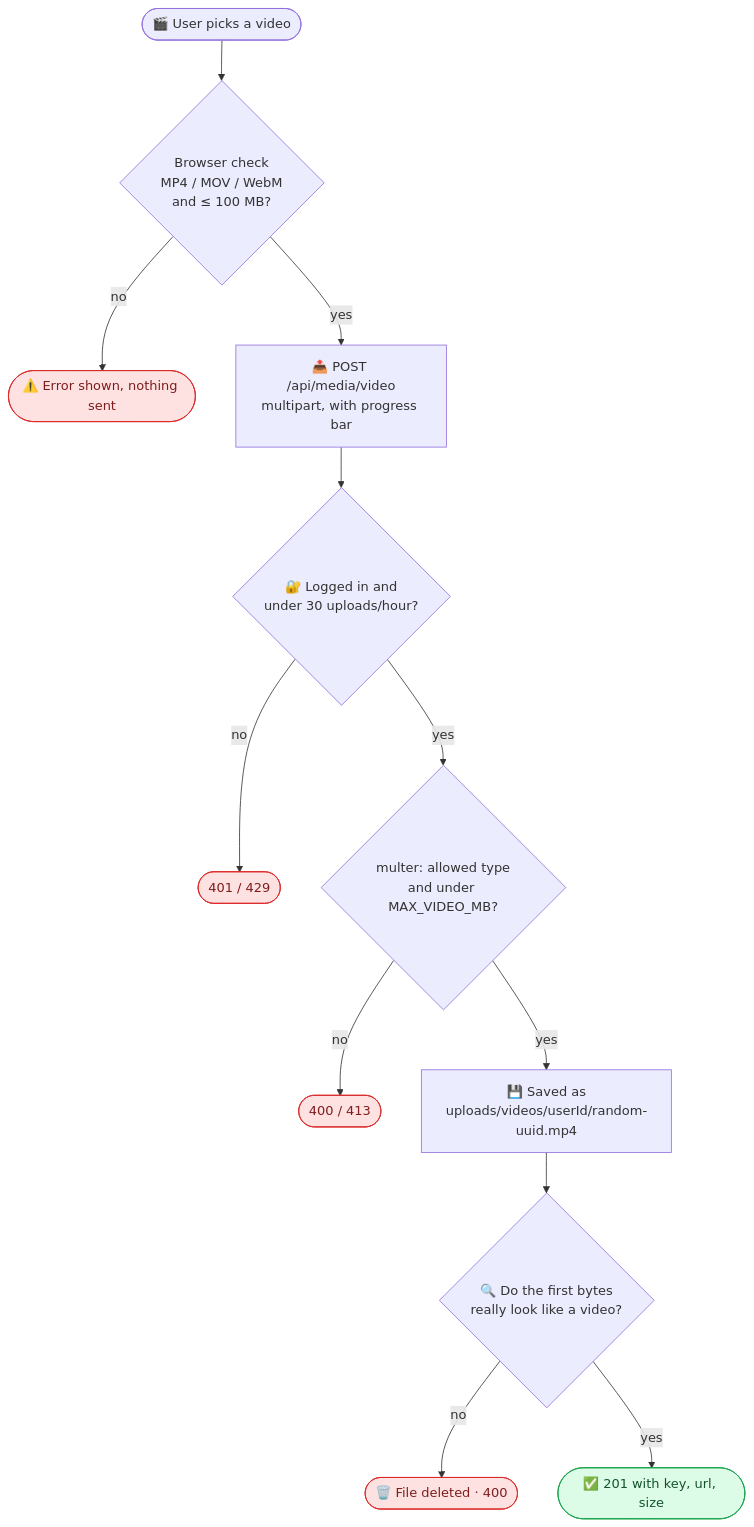
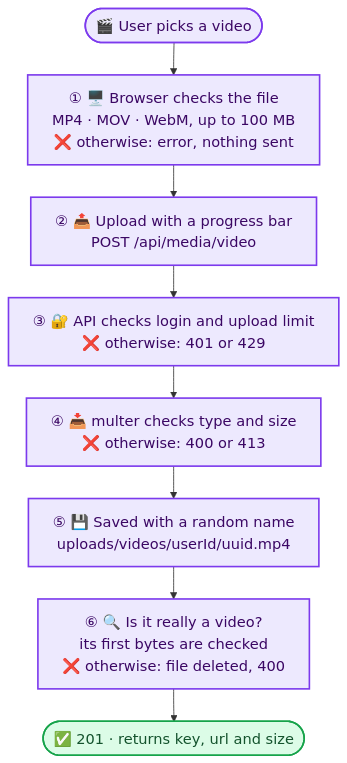
The sixth of 12 diagrams in README.md (anurag-joshi-1403/Social_Sync_Webapp), drawn with Mermaid before and after one commit. The commit also changed other lines of this file, not shown here.

Commit message:
docs: update README to enhance architecture and system overview sections

````diff
--- a/README.md
+++ b/README.md
@@ -273,19 +323,16 @@
 ```mermaid
+%%{init: {"themeVariables": {"fontSize": "18px"}, "flowchart": {"wrappingWidth": 360, "nodeSpacing": 40, "rankSpacing": 40}}}%%
 flowchart TD
-    A(["🎬 User picks a video"]) --> B{"Browser check<br/>MP4 / MOV / WebM<br/>and ≤ 100 MB?"}
-    B -- "no" --> X1(["⚠️ Error shown, nothing sent"])
-    B -- "yes" --> C["📤 POST /api/media/video<br/>multipart, with progress bar"]
-    C --> D{"🔐 Logged in and<br/>under 30 uploads/hour?"}
-    D -- "no" --> X2(["401 / 429"])
-    D -- "yes" --> E{"multer: allowed type<br/>and under MAX_VIDEO_MB?"}
-    E -- "no" --> X3(["400 / 413"])
-    E -- "yes" --> F["💾 Saved as<br/>uploads/videos/userId/random-uuid.mp4"]
-    F --> G{"🔍 Do the first bytes<br/>really look like a video?"}
-    G -- "no" --> X4(["🗑️ File deleted · 400"])
-    G -- "yes" --> OK(["✅ 201 with key, url, size"])
+    A(["🎬 User picks a video"]) --> B["① 🖥️ Browser checks the file<br/>MP4 · MOV · WebM, up to 100 MB<br/>❌ otherwise: error, nothing sent"]
+    B --> C["② 📤 Upload with a progress bar<br/>POST /api/media/video"]
+    C --> D["③ 🔐 API checks login and upload limit<br/>❌ otherwise: 401 or 429"]
+    D --> E["④ 📥 multer checks type and size<br/>❌ otherwise: 400 or 413"]
+    E --> F["⑤ 💾 Saved with a random name<br/>uploads/videos/userId/uuid.mp4"]
+    F --> G["⑥ 🔍 Is it really a video?<br/>its first bytes are checked<br/>❌ otherwise: file deleted, 400"]
+    G --> OK(["✅ 201 · returns key, url and size"])
 
-    classDef ok fill:#DCFCE7,stroke:#16A34A,color:#14532D
-    classDef bad fill:#FEE2E2,stroke:#DC2626,color:#7F1D1D
+    classDef step fill:#EDE9FE,stroke:#7C3AED,stroke-width:2px,color:#3B0764
+    classDef ok fill:#DCFCE7,stroke:#16A34A,stroke-width:2px,color:#14532D
+    class A,B,C,D,E,F,G step
     class OK ok
-    class X1,X2,X3,X4 bad
 ```
````
